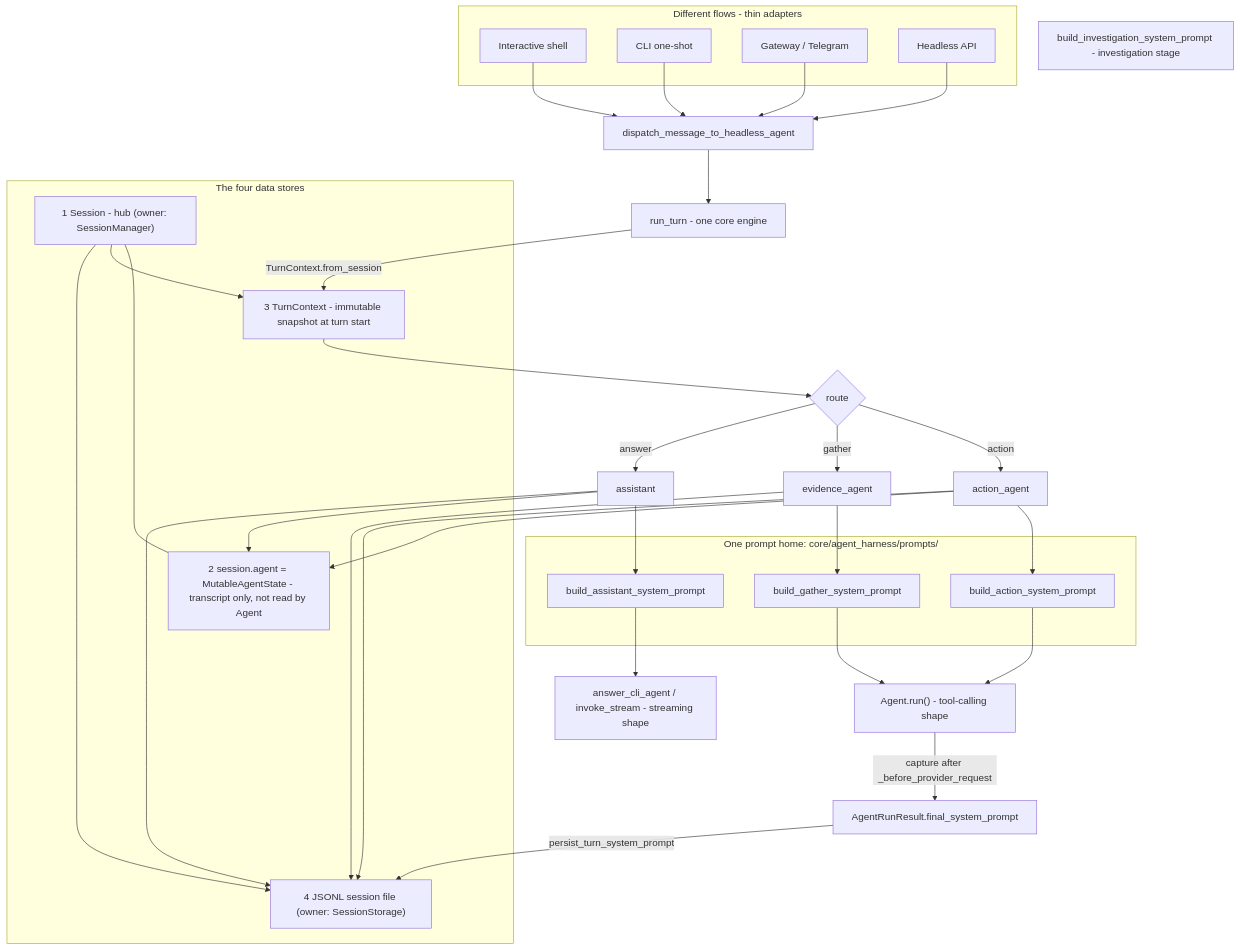
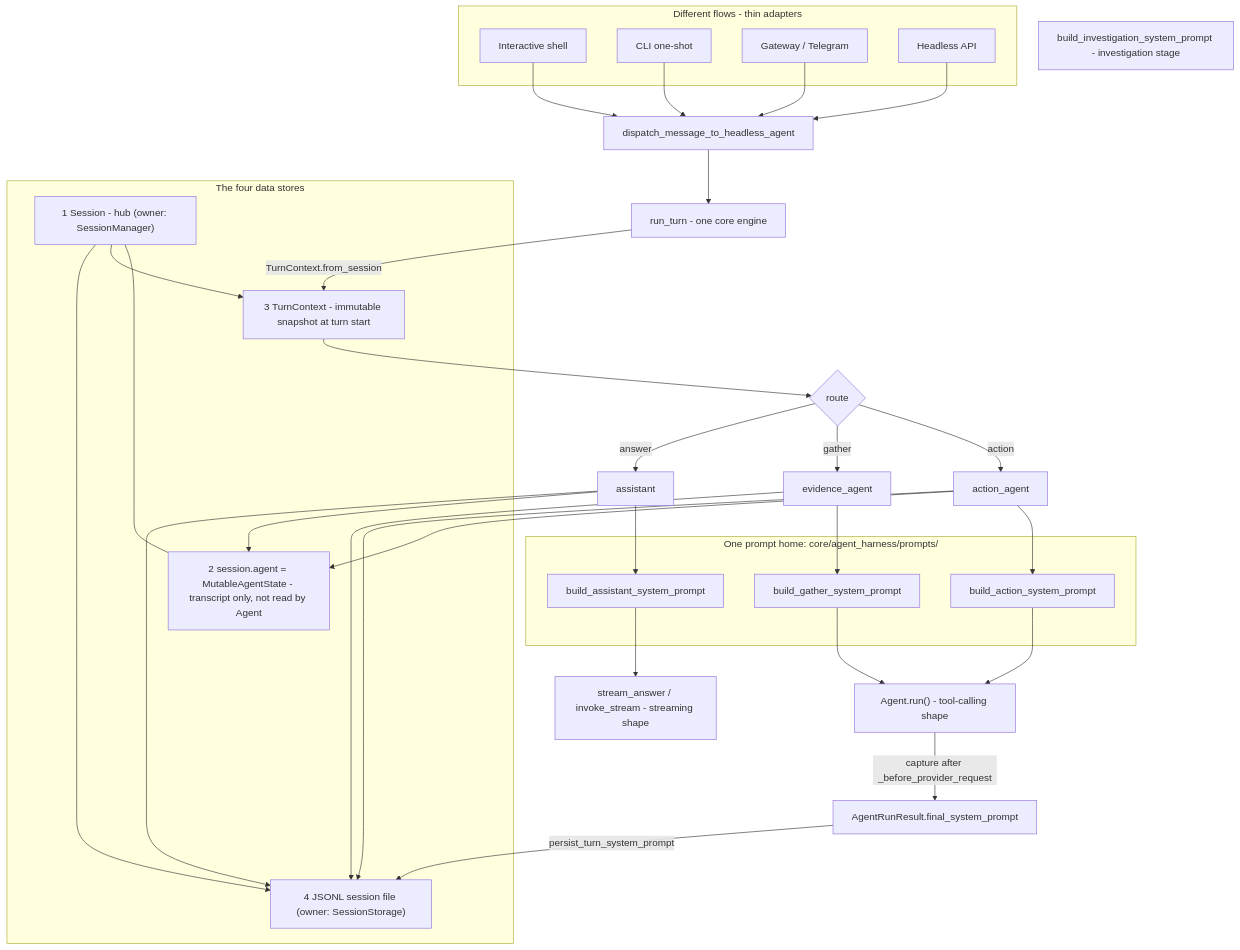
The first of 2 diagrams in docs/agent-context-data-stores.md (Tracer-Cloud/open-sre-agent), drawn with Mermaid before and after one commit. The commit also changed other lines of this file and 4 other files, not shown here.

Commit message:
refactor(agent_harness): rename streaming entrypoint to stream_answer; name the two agent shapes (#3615)

````diff
--- a/docs/agent-context-data-stores.md
+++ b/docs/agent-context-data-stores.md
@@ -31,56 +31,56 @@
 ```mermaid
 flowchart TB
     subgraph surfaces [Different flows - thin adapters]
         SH[Interactive shell]
         CLI[CLI one-shot]
         GW[Gateway / Telegram]
         HL[Headless API]
     end
     SH --> DISP
     CLI --> DISP
     GW --> DISP
     HL --> DISP
     DISP[dispatch_message_to_headless_agent] --> RT[run_turn - one core engine]
 
     subgraph stores [The four data stores]
         S1["1 Session - hub (owner: SessionManager)"]
         S2["2 session.agent = MutableAgentState - transcript only, not read by Agent"]
         S3["3 TurnContext - immutable snapshot at turn start"]
         S4["4 JSONL session file (owner: SessionStorage)"]
     end
 
     RT -->|TurnContext.from_session| S3
     S1 --- S2
     S1 --> S3
 
     S3 --> ROUTE{route}
     ROUTE -->|action| A1[action_agent]
     ROUTE -->|gather| A2[evidence_agent]
     ROUTE -->|answer| A3[assistant]
 
     subgraph prompts [One prompt home: core/agent_harness/prompts/]
         P1[build_action_system_prompt]
         P2[build_gather_system_prompt]
         P3[build_assistant_system_prompt]
     end
     PI[build_investigation_system_prompt - investigation stage]
 
     A1 --> P1
     A2 --> P2
     A3 --> P3
 
     P1 --> RUN
     P2 --> RUN
     P3 --> STREAM
 
     RUN["Agent.run() - tool-calling shape"] -->|capture after _before_provider_request| FP[AgentRunResult.final_system_prompt]
-    STREAM["answer_cli_agent / invoke_stream - streaming shape"]
+    STREAM["stream_answer / invoke_stream - streaming shape"]
 
     A1 --> S2
     A3 --> S2
     FP -->|persist_turn_system_prompt| S4
     A1 --> S4
     A2 --> S4
     A3 --> S4
     S1 --> S4
 ```
````
